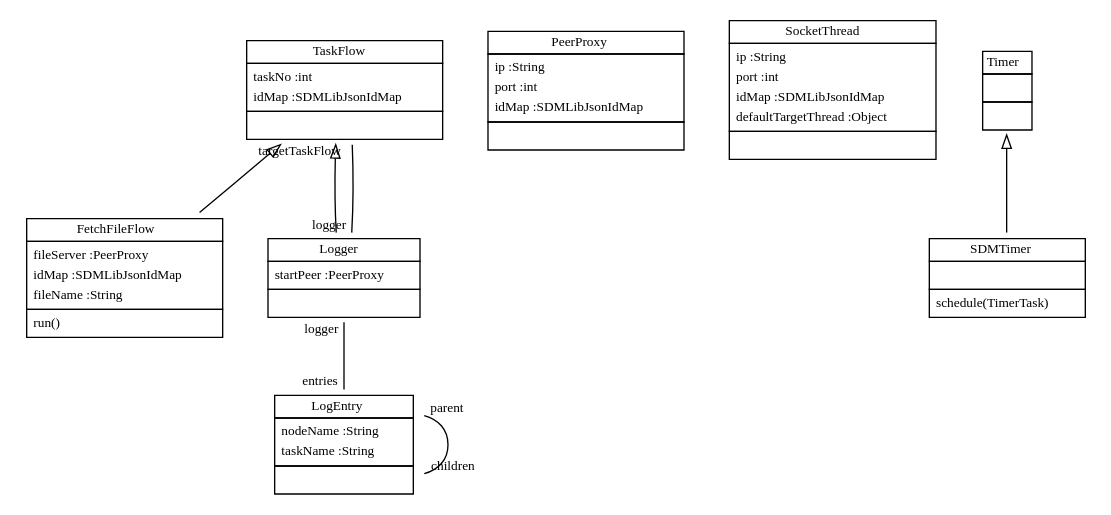
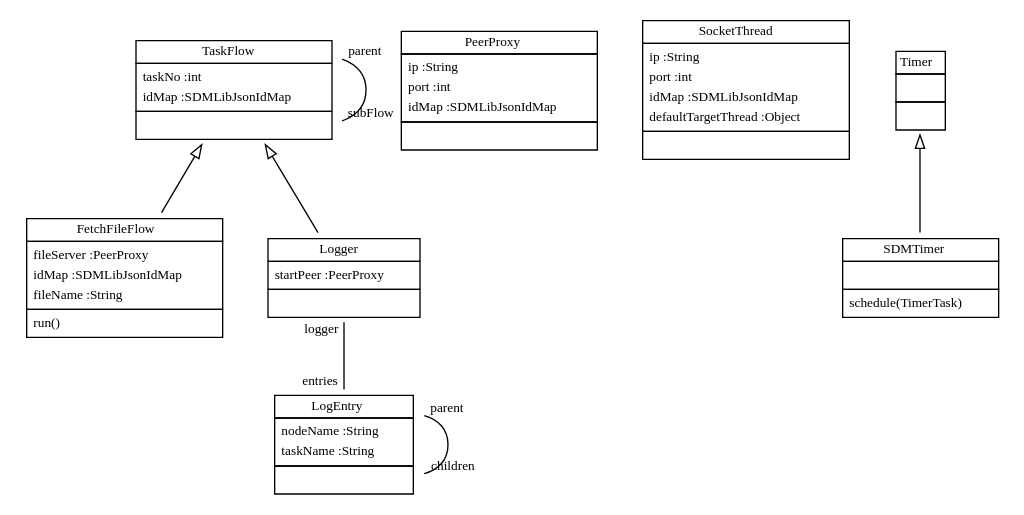
The diagram in doc/taskflowmodeldiag.dot (fujaba/SDMLib), drawn with Graphviz before and after one commit. The commit also changed 32 other files, not shown here.

```diff
--- a/doc/taskflowmodeldiag.dot
+++ b/doc/taskflowmodeldiag.dot
@@ -1,24 +1,24 @@
 
  digraph ClassDiagram {
     node [shape = none, fontsize = 10]; 
     edge [fontsize = 10];
     
     
     _TaskFlow [label=<<table border='0' cellborder='1' cellspacing='0'> <tr> <td HREF="../swtsrc/org/sdmlib/model/taskflows/TaskFlow.java">TaskFlow</td> </tr> <tr><td><table border='0' cellborder='0' cellspacing='0'> <tr><td align='left'>taskNo :int</td></tr> <tr><td align='left'>idMap :SDMLibJsonIdMap</td></tr>  </table></td></tr> <tr><td><table border='0' cellborder='0' cellspacing='0'> <tr><td> </td></tr> </table></td></tr> </table>>];
     _PeerProxy [label=<<table border='0' cellborder='1' cellspacing='0'> <tr> <td HREF="../swtsrc/org/sdmlib/model/taskflows/PeerProxy.java">PeerProxy</td> </tr> <tr><td><table border='0' cellborder='0' cellspacing='0'> <tr><td align='left'>ip :String</td></tr> <tr><td align='left'>port :int</td></tr> <tr><td align='left'>idMap :SDMLibJsonIdMap</td></tr>  </table></td></tr> <tr><td><table border='0' cellborder='0' cellspacing='0'> <tr><td> </td></tr> </table></td></tr> </table>>];
     _SocketThread [label=<<table border='0' cellborder='1' cellspacing='0'> <tr> <td HREF="../swtsrc/org/sdmlib/model/taskflows/SocketThread.java">SocketThread</td> </tr> <tr><td><table border='0' cellborder='0' cellspacing='0'> <tr><td align='left'>ip :String</td></tr> <tr><td align='left'>port :int</td></tr> <tr><td align='left'>idMap :SDMLibJsonIdMap</td></tr> <tr><td align='left'>defaultTargetThread :Object</td></tr>  </table></td></tr> <tr><td><table border='0' cellborder='0' cellspacing='0'> <tr><td> </td></tr> </table></td></tr> </table>>];
     _FetchFileFlow [label=<<table border='0' cellborder='1' cellspacing='0'> <tr> <td HREF="../swtsrc/org/sdmlib/model/taskflows/FetchFileFlow.java">FetchFileFlow</td> </tr> <tr><td><table border='0' cellborder='0' cellspacing='0'> <tr><td align='left'>fileServer :PeerProxy</td></tr> <tr><td align='left'>idMap :SDMLibJsonIdMap</td></tr> <tr><td align='left'>fileName :String</td></tr>  </table></td></tr> <tr><td><table border='0' cellborder='0' cellspacing='0'> <tr><td align='left'>run()</td></tr>  </table></td></tr> </table>>];
     _Logger [label=<<table border='0' cellborder='1' cellspacing='0'> <tr> <td HREF="../swtsrc/org/sdmlib/model/taskflows/Logger.java">Logger</td> </tr> <tr><td><table border='0' cellborder='0' cellspacing='0'> <tr><td align='left'>startPeer :PeerProxy</td></tr>  </table></td></tr> <tr><td><table border='0' cellborder='0' cellspacing='0'> <tr><td> </td></tr> </table></td></tr> </table>>];
     _LogEntry [label=<<table border='0' cellborder='1' cellspacing='0'> <tr> <td HREF="../swtsrc/org/sdmlib/model/taskflows/LogEntry.java">LogEntry</td> </tr> <tr><td><table border='0' cellborder='0' cellspacing='0'> <tr><td align='left'>nodeName :String</td></tr> <tr><td align='left'>taskName :String</td></tr>  </table></td></tr> <tr><td><table border='0' cellborder='0' cellspacing='0'> <tr><td> </td></tr> </table></td></tr> </table>>];
     _Timer [label=<<table border='0' cellborder='1' cellspacing='0'> <tr> <td HREF="../swtsrc/java/util/Timer.java">Timer</td> </tr> <tr><td><table border='0' cellborder='0' cellspacing='0'> <tr><td> </td></tr> </table></td></tr> <tr><td><table border='0' cellborder='0' cellspacing='0'> <tr><td> </td></tr> </table></td></tr> </table>>];
     _SDMTimer [label=<<table border='0' cellborder='1' cellspacing='0'> <tr> <td HREF="../swtsrc/org/sdmlib/model/taskflows/SDMTimer.java">SDMTimer</td> </tr> <tr><td><table border='0' cellborder='0' cellspacing='0'> <tr><td> </td></tr> </table></td></tr> <tr><td><table border='0' cellborder='0' cellspacing='0'> <tr><td align='left'>schedule(TimerTask)</td></tr>  </table></td></tr> </table>>];
     
     
     
     _TaskFlow ->  _FetchFileFlow [dir = "back" arrowtail = "empty"];
     _TaskFlow ->  _Logger [dir = "back" arrowtail = "empty"];
     _Timer ->  _SDMTimer [dir = "back" arrowtail = "empty"];
-    _Logger -> _TaskFlow [headlabel = "targetTaskFlow" taillabel = "logger" arrowhead = "none" ];
+    _TaskFlow -> _TaskFlow [headlabel = "subFlow" taillabel = "parent" arrowhead = "none" ];
     _Logger -> _LogEntry [headlabel = "entries" taillabel = "logger" arrowhead = "none" ];
     _LogEntry -> _LogEntry [headlabel = "children" taillabel = "parent" arrowhead = "none" ];
 }
```
